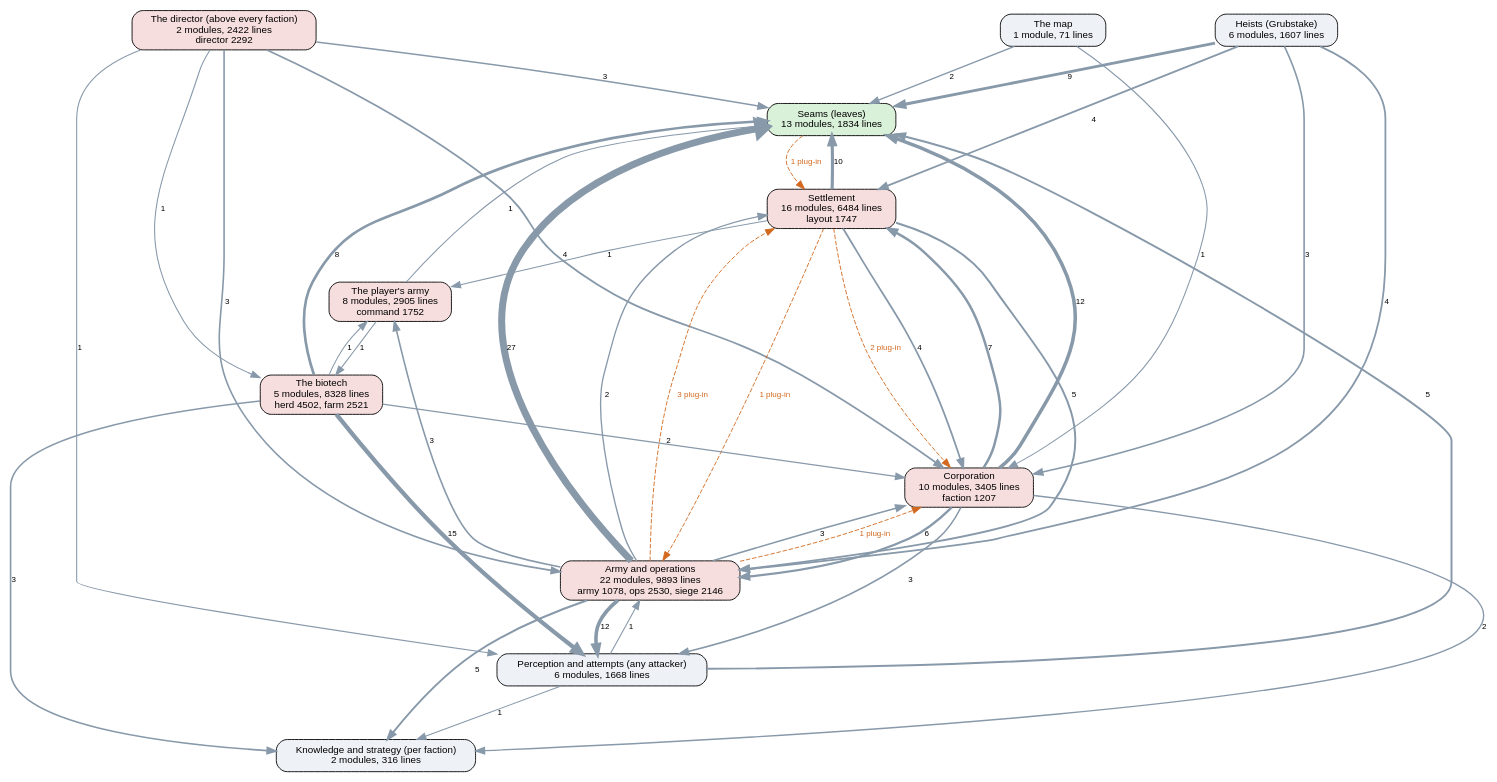
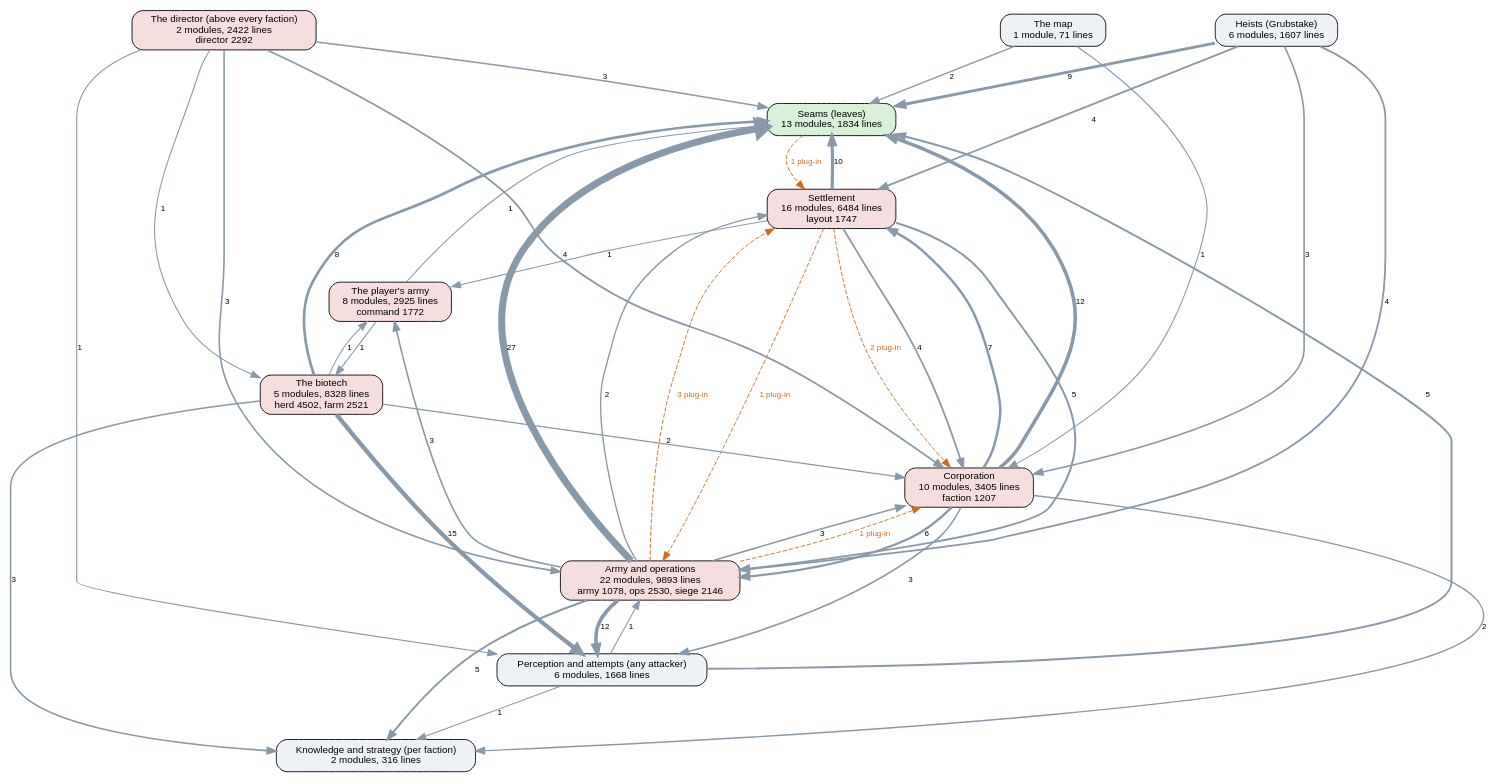
One commit to kinelhu/landing-party changed the diagram in docs/ai-layers.dot. Above: the diagram before and after it, drawn with Graphviz. The commit also changed 16 other files, not shown here.

```diff
--- a/docs/ai-layers.dot
+++ b/docs/ai-layers.dot
@@ -1,57 +1,57 @@
 digraph layers {
   graph [rankdir=TB, fontname="Helvetica", nodesep=0.5, ranksep=0.7];
   node [shape=box, style="rounded,filled", fontname="Helvetica", fontsize=11, fillcolor="#eef2f7"];
   edge [color="#8899aa", fontname="Helvetica", fontsize=9];
   "Seams (leaves)" [label="Seams (leaves)\n13 modules, 1834 lines", fillcolor="#d9f0d9"];
   "Perception and attempts (any attacker)" [label="Perception and attempts (any attacker)\n6 modules, 1668 lines", fillcolor="#eef2f7"];
   "Knowledge and strategy (per faction)" [label="Knowledge and strategy (per faction)\n2 modules, 316 lines", fillcolor="#eef2f7"];
   "The director (above every faction)" [label="The director (above every faction)\n2 modules, 2422 lines\ndirector 2292", fillcolor="#f7dede"];
   "Corporation" [label="Corporation\n10 modules, 3405 lines\nfaction 1207", fillcolor="#f7dede"];
   "Settlement" [label="Settlement\n16 modules, 6484 lines\nlayout 1747", fillcolor="#f7dede"];
   "Army and operations" [label="Army and operations\n22 modules, 9893 lines\narmy 1078, ops 2530, siege 2146", fillcolor="#f7dede"];
   "Heists (Grubstake)" [label="Heists (Grubstake)\n6 modules, 1607 lines", fillcolor="#eef2f7"];
   "The biotech" [label="The biotech\n5 modules, 8328 lines\nherd 4502, farm 2521", fillcolor="#f7dede"];
   "The map" [label="The map\n1 module, 71 lines", fillcolor="#eef2f7"];
-  "The player's army" [label="The player's army\n8 modules, 2905 lines\ncommand 1752", fillcolor="#f7dede"];
+  "The player's army" [label="The player's army\n8 modules, 2925 lines\ncommand 1772", fillcolor="#f7dede"];
   "Army and operations" -> "Corporation" [label="3", penwidth=1.8];
   "Army and operations" -> "Knowledge and strategy (per faction)" [label="5", penwidth=2.2];
   "Army and operations" -> "Perception and attempts (any attacker)" [label="12", penwidth=4.0];
   "Army and operations" -> "Seams (leaves)" [label="27", penwidth=7.8];
   "Army and operations" -> "Settlement" [label="2", penwidth=1.5];
   "Army and operations" -> "The player's army" [label="3", penwidth=1.8];
   "Corporation" -> "Army and operations" [label="6", penwidth=2.5];
   "Corporation" -> "Knowledge and strategy (per faction)" [label="2", penwidth=1.5];
   "Corporation" -> "Perception and attempts (any attacker)" [label="3", penwidth=1.8];
   "Corporation" -> "Seams (leaves)" [label="12", penwidth=4.0];
   "Corporation" -> "Settlement" [label="7", penwidth=2.8];
   "Heists (Grubstake)" -> "Army and operations" [label="4", penwidth=2.0];
   "Heists (Grubstake)" -> "Corporation" [label="3", penwidth=1.8];
   "Heists (Grubstake)" -> "Seams (leaves)" [label="9", penwidth=3.2];
   "Heists (Grubstake)" -> "Settlement" [label="4", penwidth=2.0];
   "Perception and attempts (any attacker)" -> "Army and operations" [label="1", penwidth=1.2];
   "Perception and attempts (any attacker)" -> "Knowledge and strategy (per faction)" [label="1", penwidth=1.2];
   "Perception and attempts (any attacker)" -> "Seams (leaves)" [label="5", penwidth=2.2];
   "Settlement" -> "Army and operations" [label="5", penwidth=2.2];
   "Settlement" -> "Corporation" [label="4", penwidth=2.0];
   "Settlement" -> "Seams (leaves)" [label="10", penwidth=3.5];
   "Settlement" -> "The player's army" [label="1", penwidth=1.2];
   "The biotech" -> "Corporation" [label="2", penwidth=1.5];
   "The biotech" -> "Knowledge and strategy (per faction)" [label="3", penwidth=1.8];
   "The biotech" -> "Perception and attempts (any attacker)" [label="15", penwidth=4.8];
   "The biotech" -> "Seams (leaves)" [label="8", penwidth=3.0];
   "The biotech" -> "The player's army" [label="1", penwidth=1.2];
   "The director (above every faction)" -> "Army and operations" [label="3", penwidth=1.8];
   "The director (above every faction)" -> "Corporation" [label="4", penwidth=2.0];
   "The director (above every faction)" -> "Perception and attempts (any attacker)" [label="1", penwidth=1.2];
   "The director (above every faction)" -> "Seams (leaves)" [label="3", penwidth=1.8];
   "The director (above every faction)" -> "The biotech" [label="1", penwidth=1.2];
   "The map" -> "Corporation" [label="1", penwidth=1.2];
   "The map" -> "Seams (leaves)" [label="2", penwidth=1.5];
   "The player's army" -> "Seams (leaves)" [label="1", penwidth=1.2];
   "The player's army" -> "The biotech" [label="1", penwidth=1.2];
   "Army and operations" -> "Corporation" [style=dashed, color="#d2691e", fontcolor="#d2691e", label="1 plug-in"];
   "Army and operations" -> "Settlement" [style=dashed, color="#d2691e", fontcolor="#d2691e", label="3 plug-in"];
   "Seams (leaves)" -> "Settlement" [style=dashed, color="#d2691e", fontcolor="#d2691e", label="1 plug-in"];
   "Settlement" -> "Army and operations" [style=dashed, color="#d2691e", fontcolor="#d2691e", label="1 plug-in"];
   "Settlement" -> "Corporation" [style=dashed, color="#d2691e", fontcolor="#d2691e", label="2 plug-in"];
 }
```
